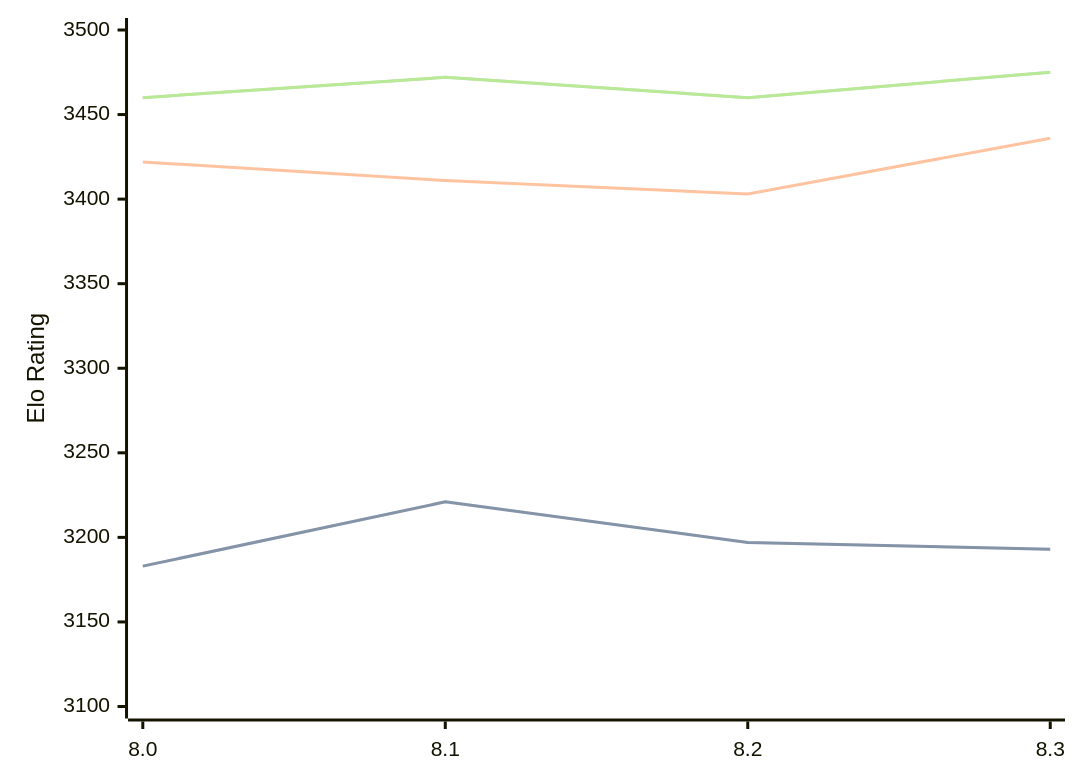
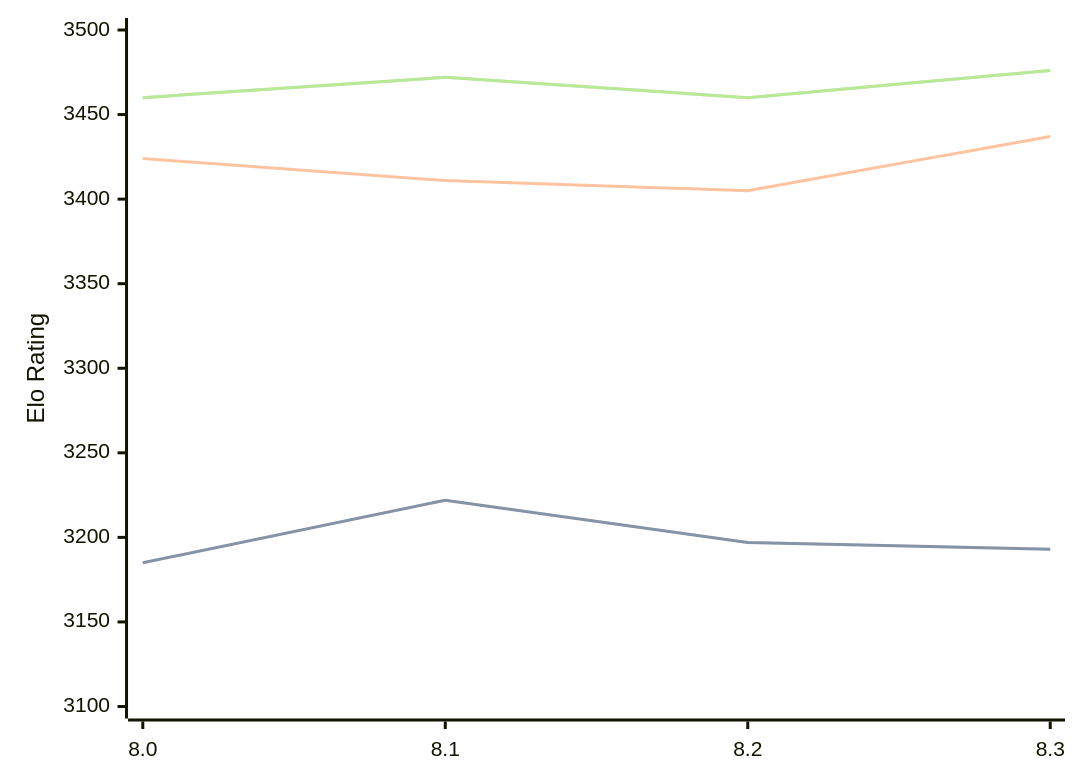
One commit to computer-chess-index/cci changed the diagram in engines/Alexander.md. Above: the diagram before and after it, drawn with Mermaid. The commit also changed other lines of this file, not shown here.

Commit message:
Update CCI Ratings (ELO VLTC) - 2026-05-03

````diff
--- a/engines/Alexander.md
+++ b/engines/Alexander.md
@@ -48,11 +48,11 @@
 ```mermaid
 %%{init: {"theme":"base","themeVariables":{"seriesColors:['#a3a3a3','#222221','#faa371']}}}%%
 xychart-beta
   x-axis ["8.0", "8.1", "8.2", "8.3"]
   y-axis "Elo Rating" 3100 --> 3500
-  line "STC (8.0+0.08s)" [3183, 3221, 3197, 3193]
-  line "STC (8.0+0.08s)" [3183, 3221, 3197, 3193]
-  line "LTC (60.0+0.60s)" [3422, 3411, 3403, 3436]
-  line "VLTC (2m24s+1.12s)" [3460, 3472, 3460, 3475]
-  line "VLTC (2m24s+1.12s)" [3460, 3472, 3460, 3475]
+  line "STC (8.0+0.08s)" [3185, 3222, 3197, 3193]
+  line "STC (8.0+0.08s)" [3185, 3222, 3197, 3193]
+  line "LTC (60.0+0.60s)" [3424, 3411, 3405, 3437]
+  line "VLTC (2m24s+1.12s)" [3460, 3472, 3460, 3476]
+  line "VLTC (2m24s+1.12s)" [3460, 3472, 3460, 3476]
 ```
````
